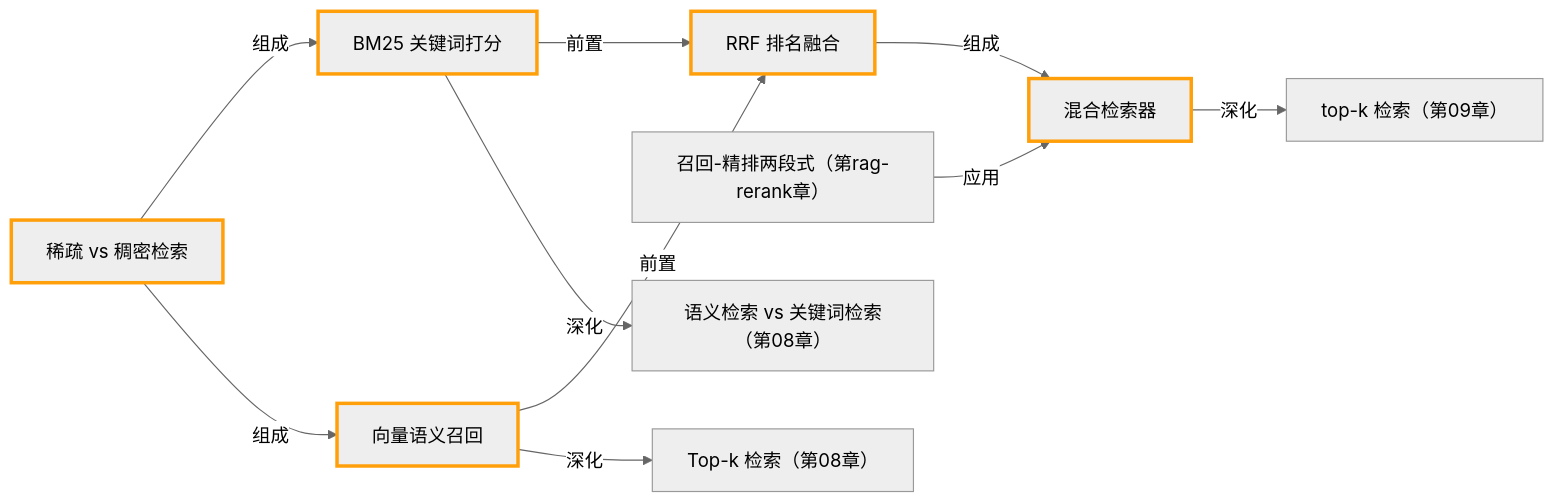
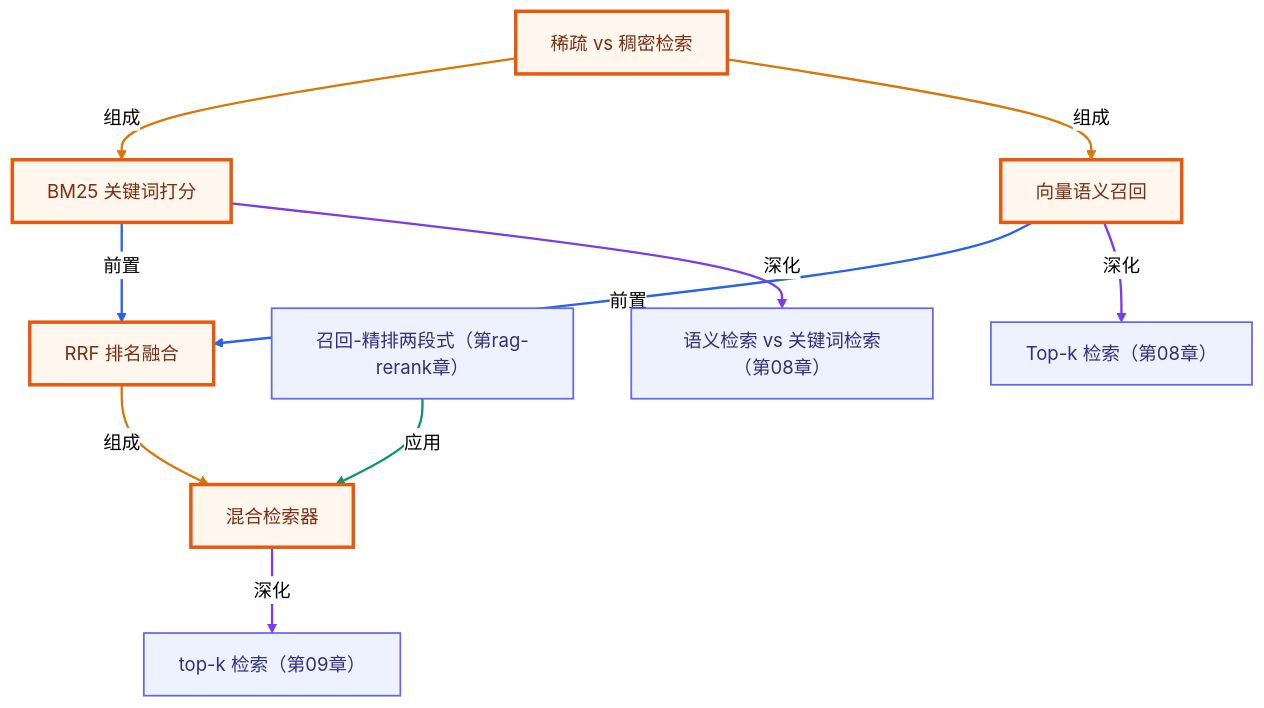
One commit to songuu/agent changed the second of 2 diagrams in rag-advanced/02-hybrid-search/README.md. Above: the diagram before and after it, drawn with Mermaid (neutral theme). The commit also changed other lines of this file and 72 other files, not shown here.

````diff
--- a/rag-advanced/02-hybrid-search/README.md
+++ b/rag-advanced/02-hybrid-search/README.md
@@ -137,26 +139,34 @@
 ```mermaid
-graph LR
+graph TB
+  classDef own fill:#fff7ed,stroke:#ea580c,stroke-width:3px,color:#7c2d12;
+  classDef cross fill:#eef2ff,stroke:#6366f1,stroke-width:1.5px,color:#312e81;
   n_craghybrid_sparse_vs_dense["稀疏 vs 稠密检索"]
   n_craghybrid_bm25["BM25 关键词打分"]
   n_craghybrid_vector_recall["向量语义召回"]
   n_craghybrid_rrf["RRF 排名融合"]
   n_craghybrid_retriever["混合检索器"]
   n_cragrerank_recall_precision["召回-精排两段式（第rag-rerank章）"]
   n_c08_topk_retrieval["Top-k 检索（第08章）"]
   n_c08_semantic_vs_keyword["语义检索 vs 关键词检索（第08章）"]
   n_c09_topk_retrieval["top-k 检索（第09章）"]
   n_craghybrid_sparse_vs_dense -->|组成| n_craghybrid_bm25
   n_craghybrid_sparse_vs_dense -->|组成| n_craghybrid_vector_recall
   n_craghybrid_bm25 -->|前置| n_craghybrid_rrf
   n_craghybrid_vector_recall -->|前置| n_craghybrid_rrf
   n_craghybrid_rrf -->|组成| n_craghybrid_retriever
   n_cragrerank_recall_precision -->|应用| n_craghybrid_retriever
   n_craghybrid_vector_recall -->|深化| n_c08_topk_retrieval
   n_craghybrid_bm25 -->|深化| n_c08_semantic_vs_keyword
   n_craghybrid_retriever -->|深化| n_c09_topk_retrieval
-  style n_craghybrid_sparse_vs_dense stroke:#ff9f0a,stroke-width:3px
-  style n_craghybrid_bm25 stroke:#ff9f0a,stroke-width:3px
-  style n_craghybrid_vector_recall stroke:#ff9f0a,stroke-width:3px
-  style n_craghybrid_rrf stroke:#ff9f0a,stroke-width:3px
-  style n_craghybrid_retriever stroke:#ff9f0a,stroke-width:3px
+  class n_craghybrid_sparse_vs_dense,n_craghybrid_bm25,n_craghybrid_vector_recall,n_craghybrid_rrf,n_craghybrid_retriever own;
+  class n_cragrerank_recall_precision,n_c08_topk_retrieval,n_c08_semantic_vs_keyword,n_c09_topk_retrieval cross;
+  linkStyle 0 stroke:#d97706,stroke-width:2px;
+  linkStyle 1 stroke:#d97706,stroke-width:2px;
+  linkStyle 2 stroke:#2563eb,stroke-width:2px;
+  linkStyle 3 stroke:#2563eb,stroke-width:2px;
+  linkStyle 4 stroke:#d97706,stroke-width:2px;
+  linkStyle 5 stroke:#059669,stroke-width:2px;
+  linkStyle 6 stroke:#7c3aed,stroke-width:2px;
+  linkStyle 7 stroke:#7c3aed,stroke-width:2px;
+  linkStyle 8 stroke:#7c3aed,stroke-width:2px;
 ```
````
